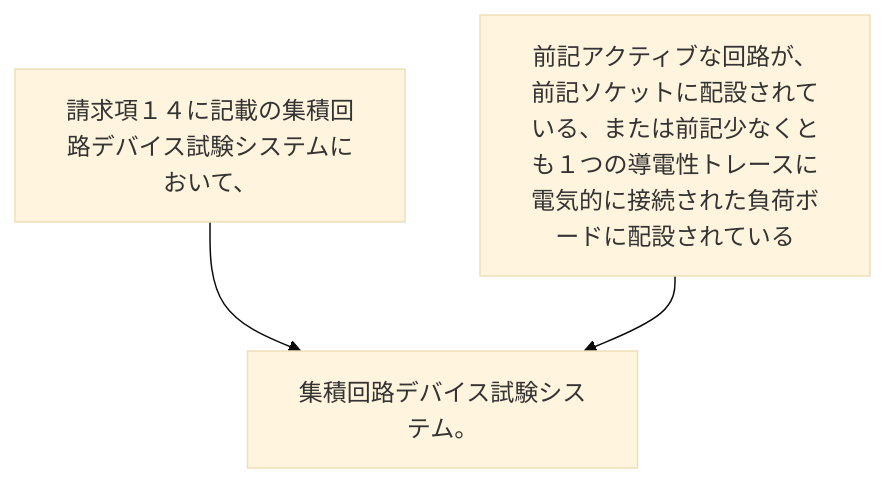
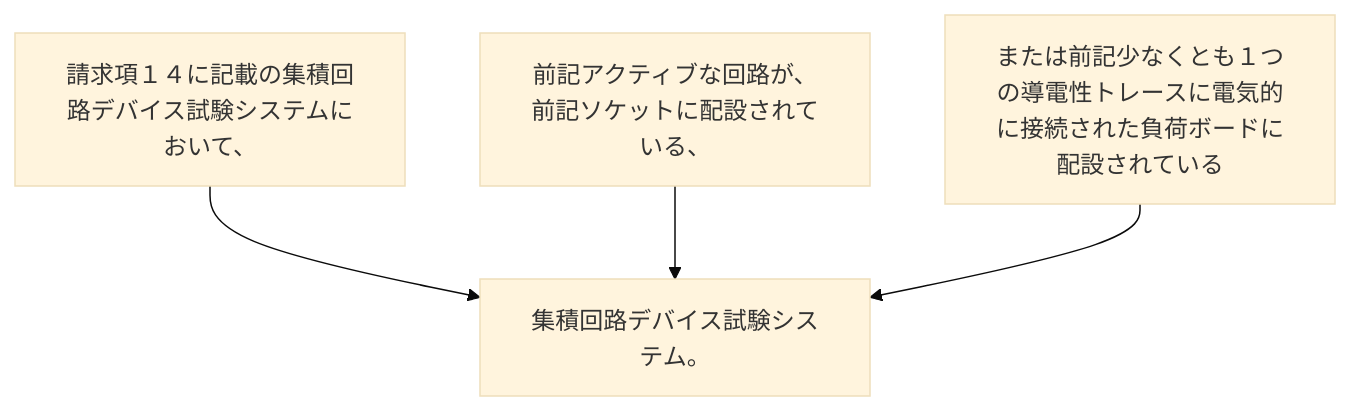
Before and after one commit to shinmori55/patent_analyzed: the diagram in 2024/JP2024023283A/claim_15/README.md, drawn with Mermaid (base theme). The commit also changed 336 other files, not shown here.

````diff
--- a/2024/JP2024023283A/claim_15/README.md
+++ b/2024/JP2024023283A/claim_15/README.md
@@ -3,8 +3,10 @@
 ```mermaid
 flowchart TD
 A[請求項１４に記載の集積回路デバイス試験システムにおいて、]
-B[前記アクティブな回路が、前記ソケットに配設されている、または前記少なくとも１つの導電性トレースに電気的に接続された負荷ボードに配設されている]
-C[集積回路デバイス試験システム。]
-A --> C
-B --> C
+B[前記アクティブな回路が、前記ソケットに配設されている、]
+C[または前記少なくとも１つの導電性トレースに電気的に接続された負荷ボードに配設されている]
+D[集積回路デバイス試験システム。]
+A --> D
+B --> D
+C --> D
 ```
````
